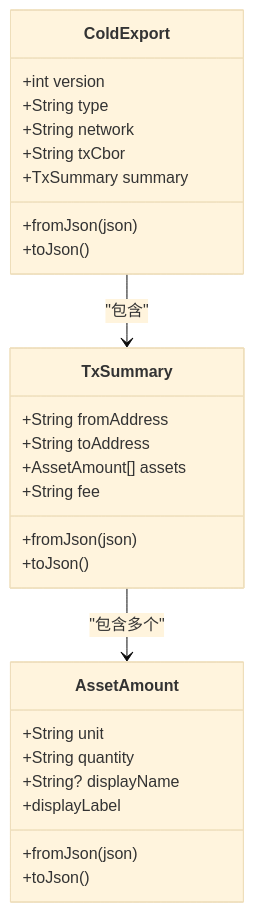
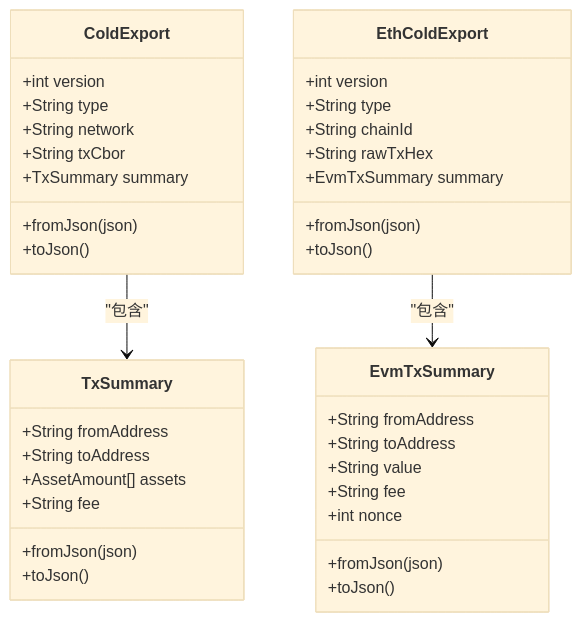
Before and after one commit to EqualToEthan/stasis: the fourth of 6 diagrams in .qoder/repowiki/zh/content/用户界面/冷钱包App界面/交易详情界面.md, drawn with Mermaid (base theme). The commit also changed other lines of this file and 40 other files, not shown here.

````diff
--- a/.qoder/repowiki/zh/content/用户界面/冷钱包App界面/交易详情界面.md
+++ b/.qoder/repowiki/zh/content/用户界面/冷钱包App界面/交易详情界面.md
@@ -139,30 +158,40 @@
 ```mermaid
 classDiagram
 class ColdExport {
 +int version
 +String type
 +String network
 +String txCbor
 +TxSummary summary
 +fromJson(json)
 +toJson()
 }
+class EthColdExport {
++int version
++String type
++String chainId
++String rawTxHex
++EvmTxSummary summary
++fromJson(json)
++toJson()
+}
 class TxSummary {
 +String fromAddress
 +String toAddress
 +AssetAmount[] assets
 +String fee
 +fromJson(json)
 +toJson()
 }
-class AssetAmount {
-+String unit
-+String quantity
-+String? displayName
-+displayLabel
+class EvmTxSummary {
++String fromAddress
++String toAddress
++String value
++String fee
++int nonce
 +fromJson(json)
 +toJson()
 }
 ColdExport --> TxSummary : "包含"
-TxSummary --> AssetAmount : "包含多个"
+EthColdExport --> EvmTxSummary : "包含"
 ```
````
